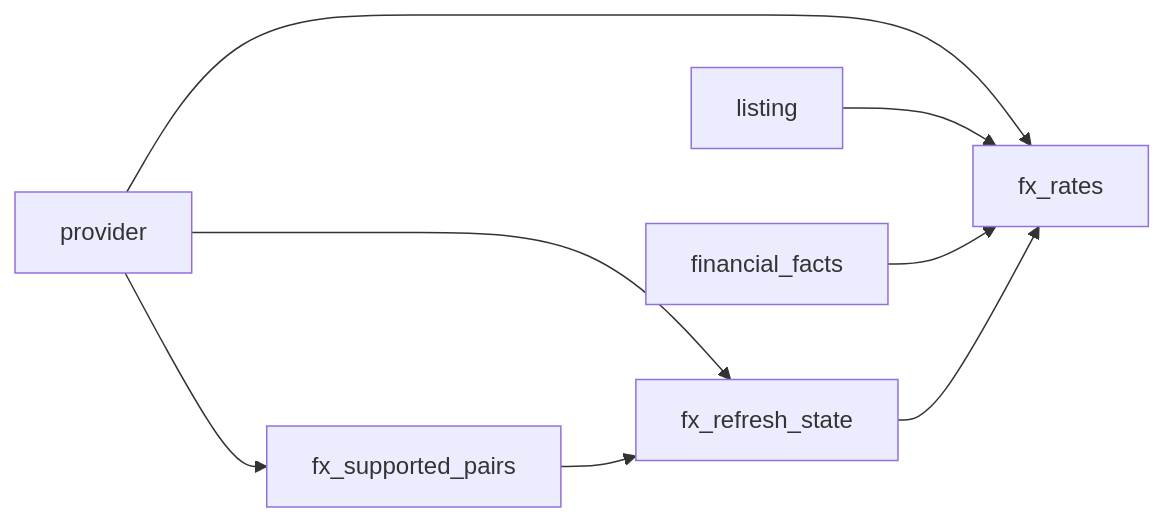
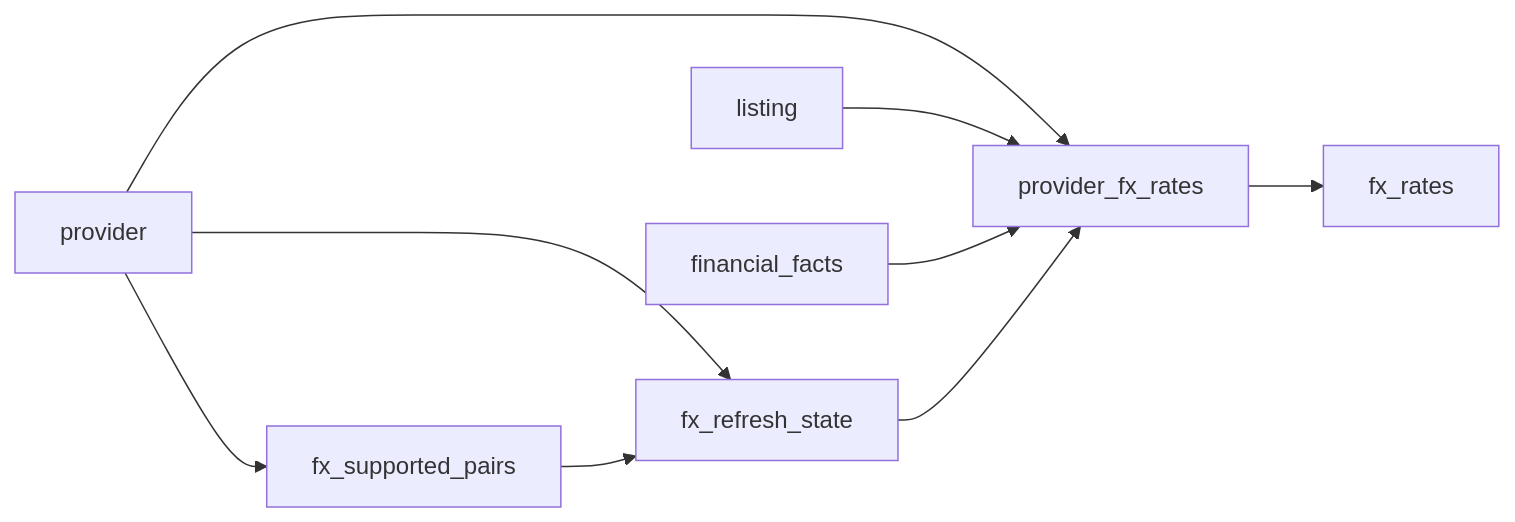
One commit to emretezel/pyvalue changed the second of 2 diagrams in docs/architecture/database/relationships.md. Above: the diagram before and after it, drawn with Mermaid. The commit also changed other lines of this file and 30 other files, not shown here.

````diff
--- a/docs/architecture/database/relationships.md
+++ b/docs/architecture/database/relationships.md
@@ -29,10 +31,11 @@
 ```mermaid
 flowchart LR
     provider --> fx_supported_pairs
     provider --> fx_refresh_state
-    provider --> fx_rates
-    listing --> fx_rates
-    financial_facts --> fx_rates
+    provider --> provider_fx_rates
+    provider_fx_rates --> fx_rates
+    listing --> provider_fx_rates
+    financial_facts --> provider_fx_rates
     fx_supported_pairs --> fx_refresh_state
-    fx_refresh_state --> fx_rates
+    fx_refresh_state --> provider_fx_rates
 ```
````
